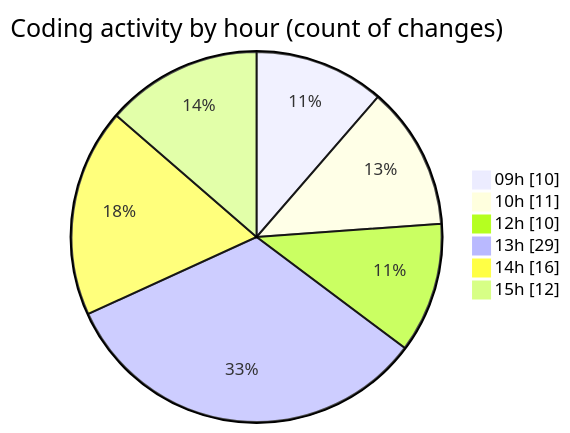
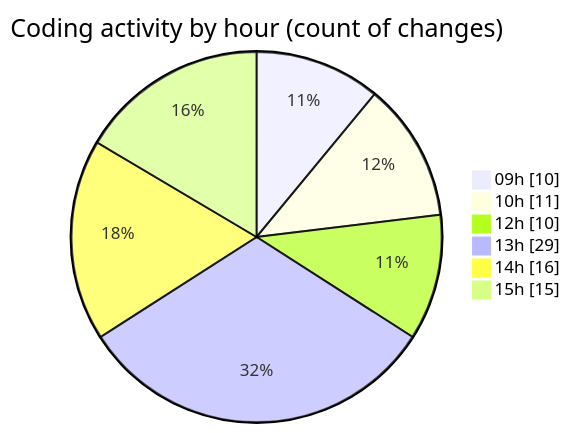
Before and after one commit to momahboobian/code-tracking: the second of 2 diagrams in 2025-09-12/cda/README.md, drawn with Mermaid. The commit also changed other lines of this file and 1 other file, not shown here.

````diff
--- a/2025-09-12/cda/README.md
+++ b/2025-09-12/cda/README.md
@@ -47,10 +47,10 @@
 ```mermaid
 pie showData
 title Coding activity by hour (count of changes)
 "09h" : 10
 "10h" : 11
 "12h" : 10
 "13h" : 29
 "14h" : 16
-"15h" : 12
+"15h" : 15
 ```
````
